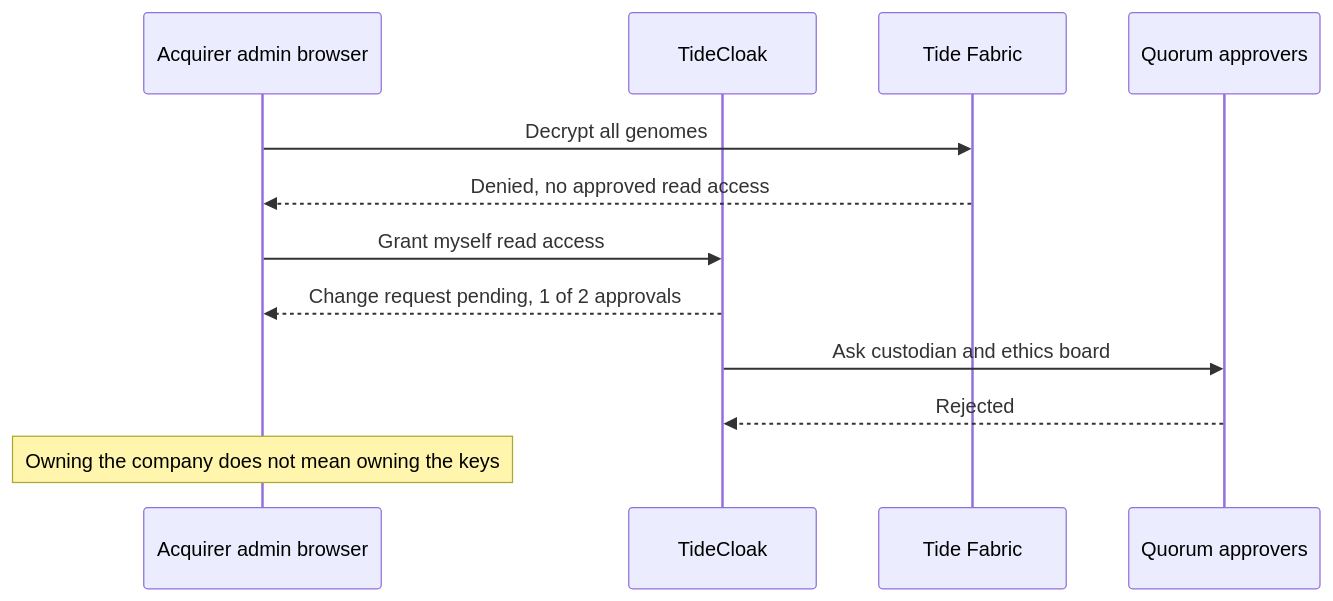
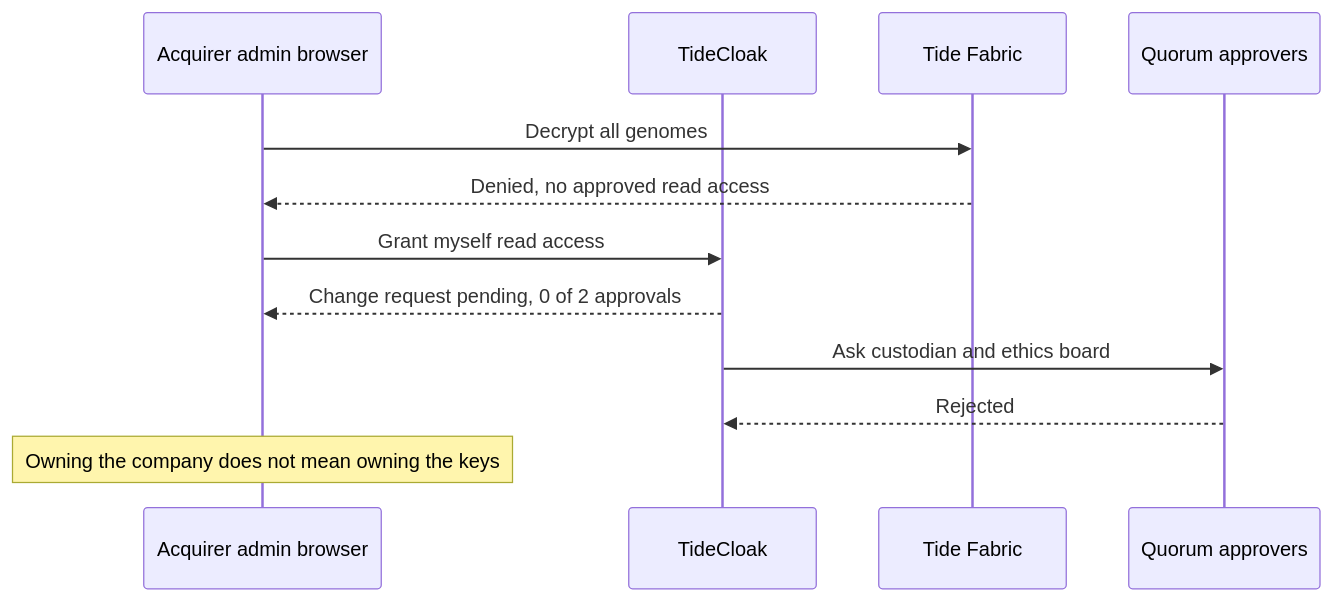
One commit to DuyDayy/rmit-hackathon changed the third of 3 diagrams in README.md. Above: the diagram before and after it, drawn with Mermaid. The commit also changed other lines of this file and 25 other files, not shown here.

````diff
--- a/README.md
+++ b/README.md
@@ -247,14 +264,14 @@
 ```mermaid
 sequenceDiagram
     participant X as Acquirer admin browser
     participant T as TideCloak
     participant F as Tide Fabric
     participant Q as Quorum approvers
     X->>F: Decrypt all genomes
     F-->>X: Denied, no approved read access
     X->>T: Grant myself read access
-    T-->>X: Change request pending, 1 of 2 approvals
+    T-->>X: Change request pending, 0 of 2 approvals
     T->>Q: Ask custodian and ethics board
     Q-->>T: Rejected
     Note over X: Owning the company does not mean owning the keys
 ```
````
